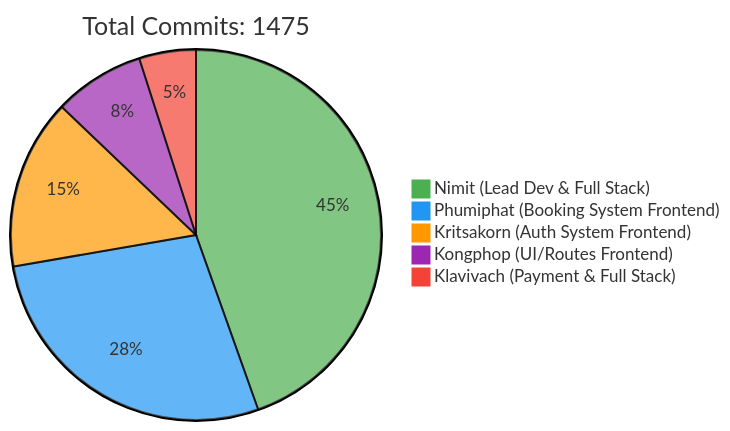
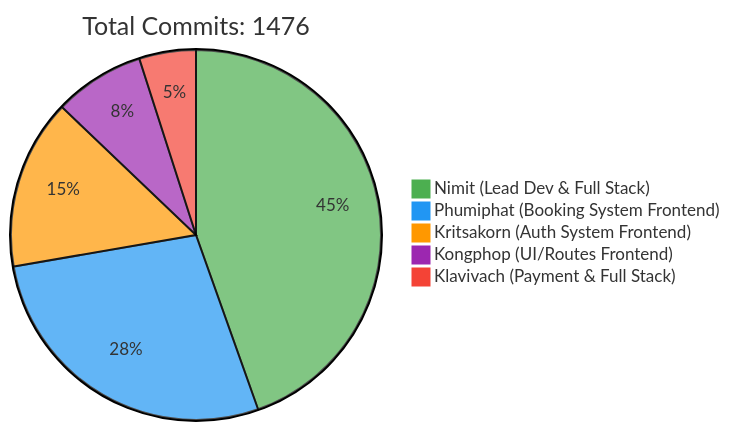
The first of 2 diagrams in README.md (6531503042/Sport-Complex), drawn with Mermaid before and after one commit. The commit also changed other lines of this file, not shown here.

Commit message:
docs: Update contributor statistics [skip ci]

````diff
--- a/README.md
+++ b/README.md
@@ -257,10 +257,10 @@
 ```mermaid
 %%{init: {'theme': 'base', 'themeVariables': { 'pie1': '#4CAF50', 'pie2': '#2196F3', 'pie3': '#FF9800', 'pie4': '#9C27B0', 'pie5': '#F44336'}}}%%
 pie
-    title Total Commits: 1475
+    title Total Commits: 1476
     "Nimit (Lead Dev & Full Stack)" : 450
     "Phumiphat (Booking System Frontend)" : 280
     "Kritsakorn (Auth System Frontend)" : 150
     "Kongphop (UI/Routes Frontend)" : 80
     "Klavivach (Payment & Full Stack)" : 50
 ```
````
